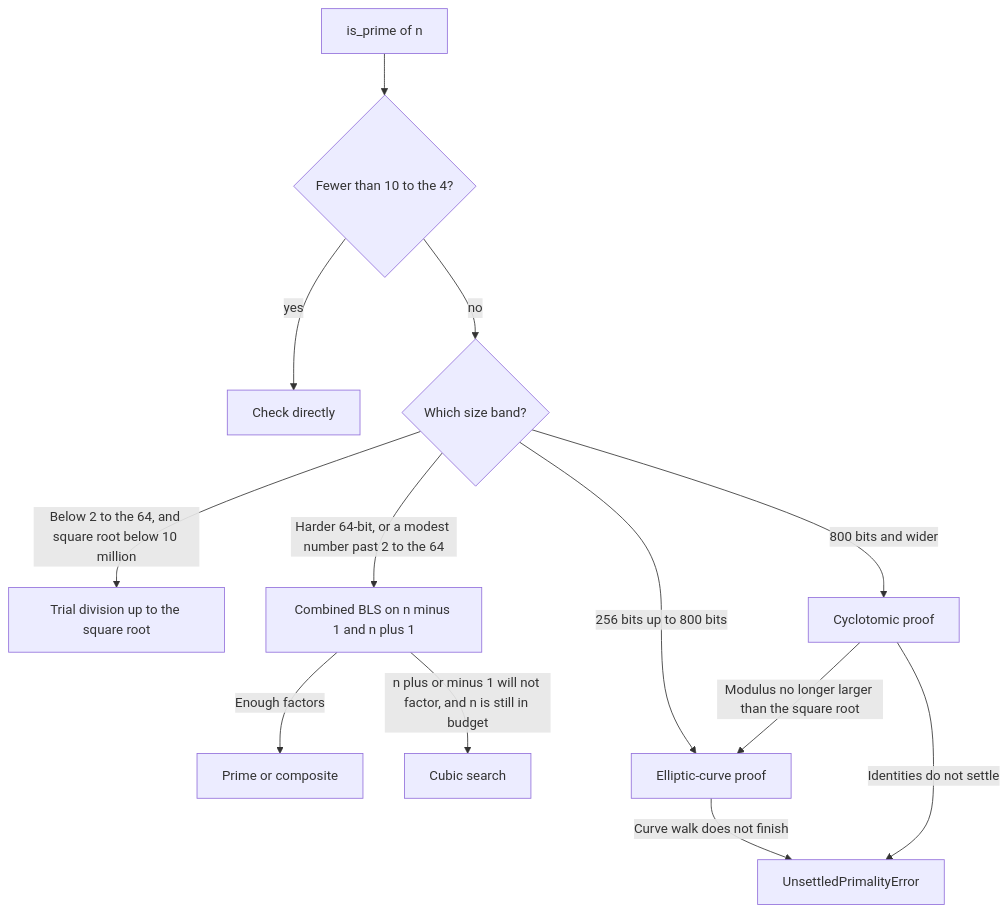
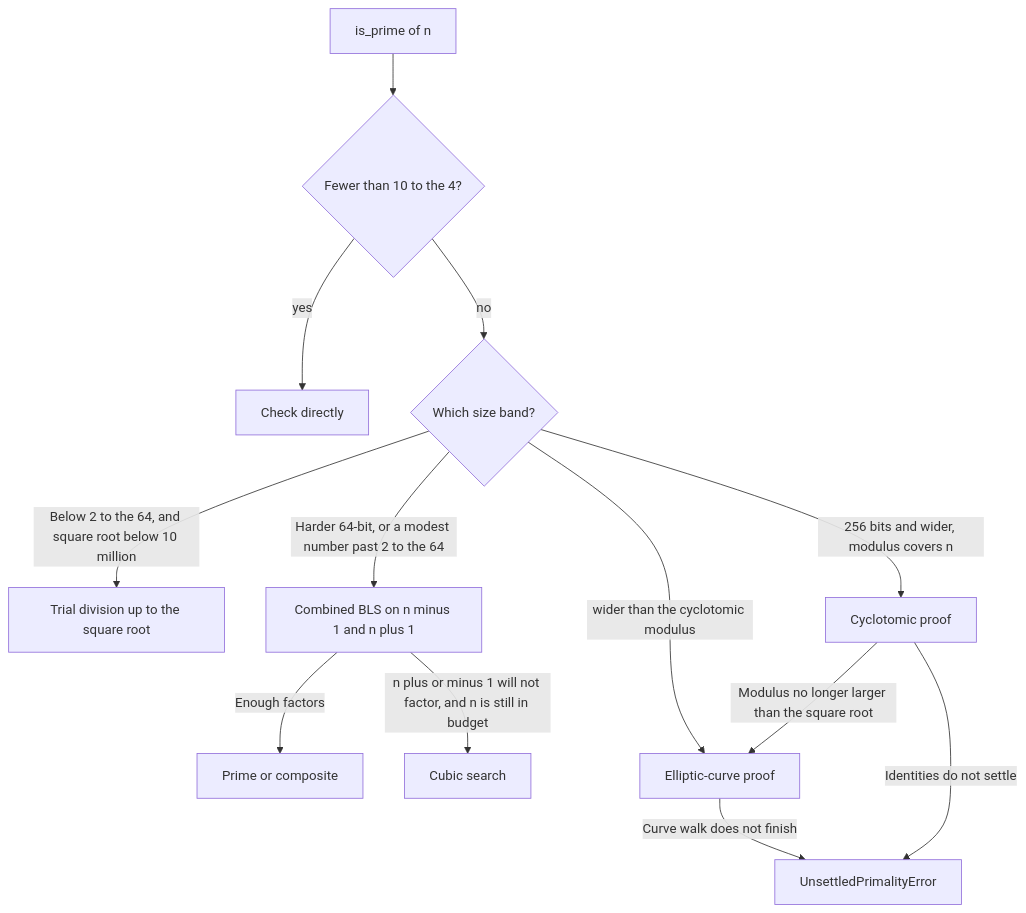
Before and after one commit to BurakAhmet/Best-Prime-Number-Function: the second of 3 diagrams in README.md, drawn with Mermaid. The commit also changed other lines of this file and 13 other files, not shown here.

First line of the commit message:
Use the cyclotomic proof from 256 bits (#89)

````diff
--- a/README.md
+++ b/README.md
@@ -56,17 +56,17 @@
 ```mermaid
 flowchart TD
   start["is_prime of n"] --> tiny{"Fewer than 10 to the 4?"}
   tiny -->|yes| loop["Check directly"]
   tiny -->|no| band{"Which size band?"}
 
   band -->|"Below 2 to the 64, and square root below 10 million"| trial["Trial division up to the square root"]
   band -->|"Harder 64-bit, or a modest number past 2 to the 64"| bls["Combined BLS on n minus 1 and n plus 1"]
   bls -->|"Enough factors"| done["Prime or composite"]
   bls -->|"n plus or minus 1 will not factor, and n is still in budget"| cubic["Cubic search"]
 
-  band -->|"256 bits up to 800 bits"| ecpp["Elliptic-curve proof"]
-  band -->|"800 bits and wider"| apr["Cyclotomic proof"]
+  band -->|"256 bits and wider, modulus covers n"| apr["Cyclotomic proof"]
+  band -->|"wider than the cyclotomic modulus"| ecpp["Elliptic-curve proof"]
   apr -->|"Modulus no longer larger than the square root"| ecpp
   ecpp -->|"Curve walk does not finish"| unsettled["UnsettledPrimalityError"]
   apr -->|"Identities do not settle"| unsettled
 ```
````
